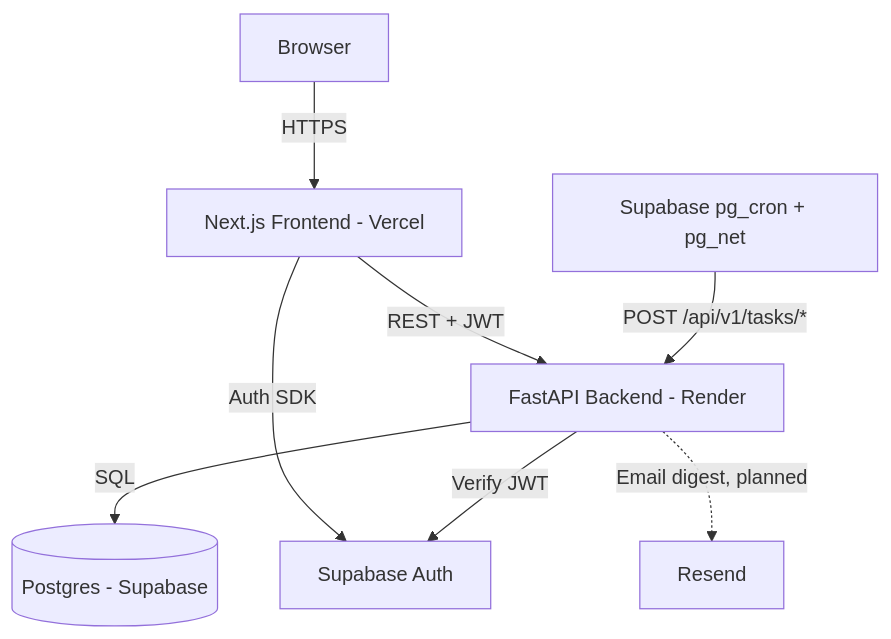
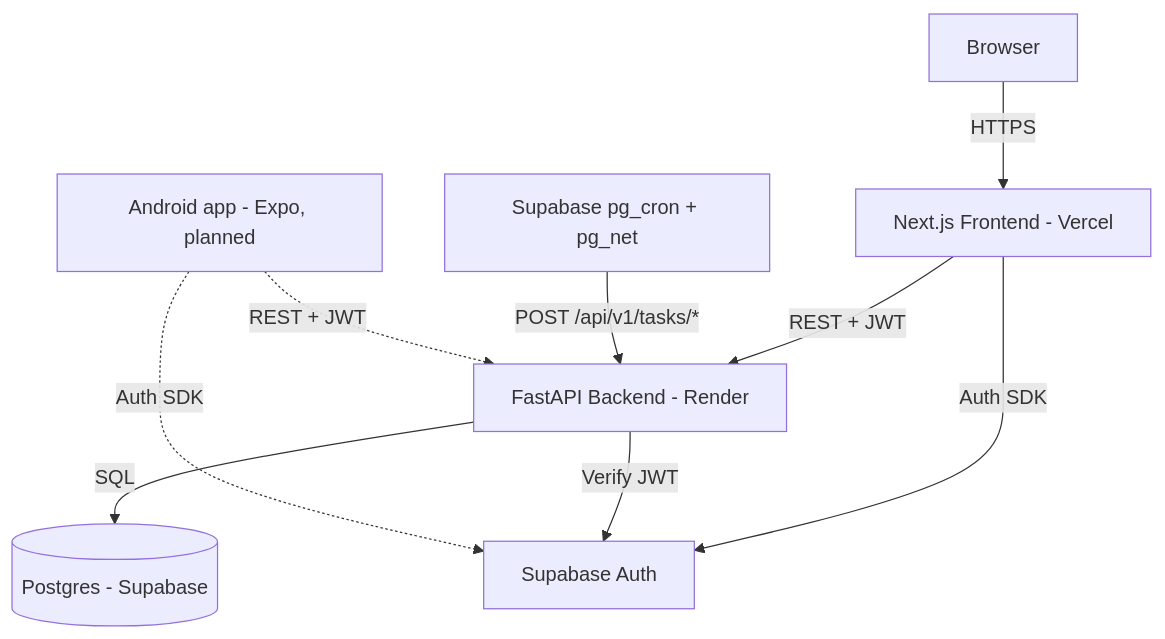
Before and after one commit to tuanduong18/ultimate-tracker: the first of 2 diagrams in DeveloperGuide.md, drawn with Mermaid. The commit also changed other lines of this file and 13 other files, not shown here.

First line of the commit message:
docs: plan an Android app as a second client of the backend (#121)

````diff
--- a/DeveloperGuide.md
+++ b/DeveloperGuide.md
@@ -29,10 +29,11 @@
 ```mermaid
 graph TD
     A[Browser] -->|HTTPS| B[Next.js Frontend - Vercel]
     B -->|REST + JWT| C[FastAPI Backend - Render]
     C -->|SQL| D[(Postgres - Supabase)]
     B -->|Auth SDK| E[Supabase Auth]
     C -->|Verify JWT| E
     F[Supabase pg_cron + pg_net] -->|POST /api/v1/tasks/*| C
-    C -.->|Email digest, planned| H[Resend]
+    M[Android app - Expo, planned] -.->|REST + JWT| C
+    M -.->|Auth SDK| E
 ```
````
